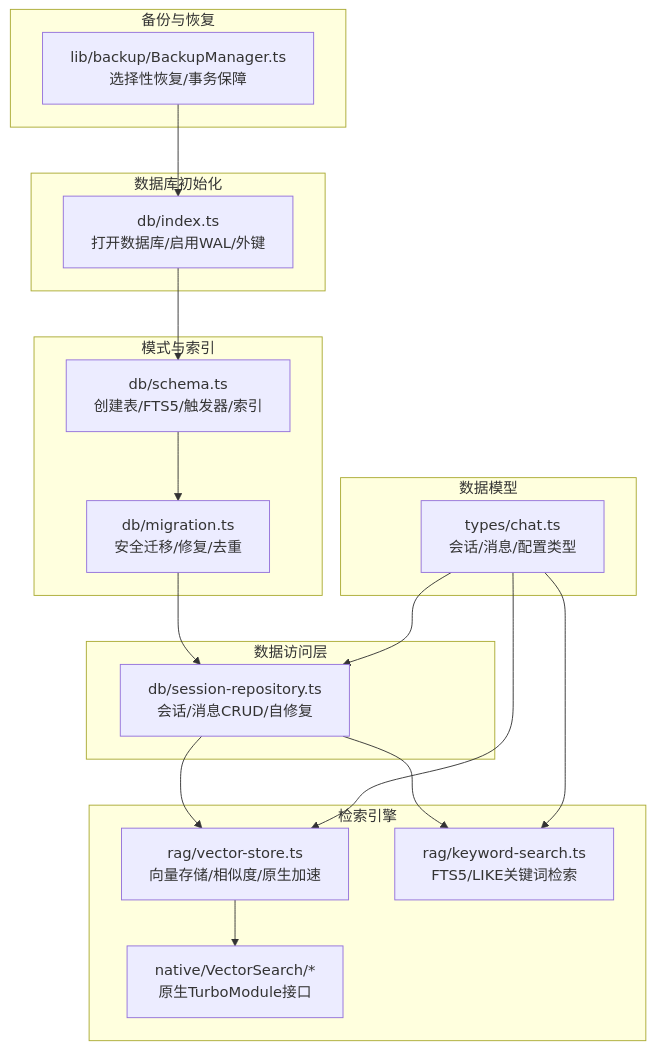
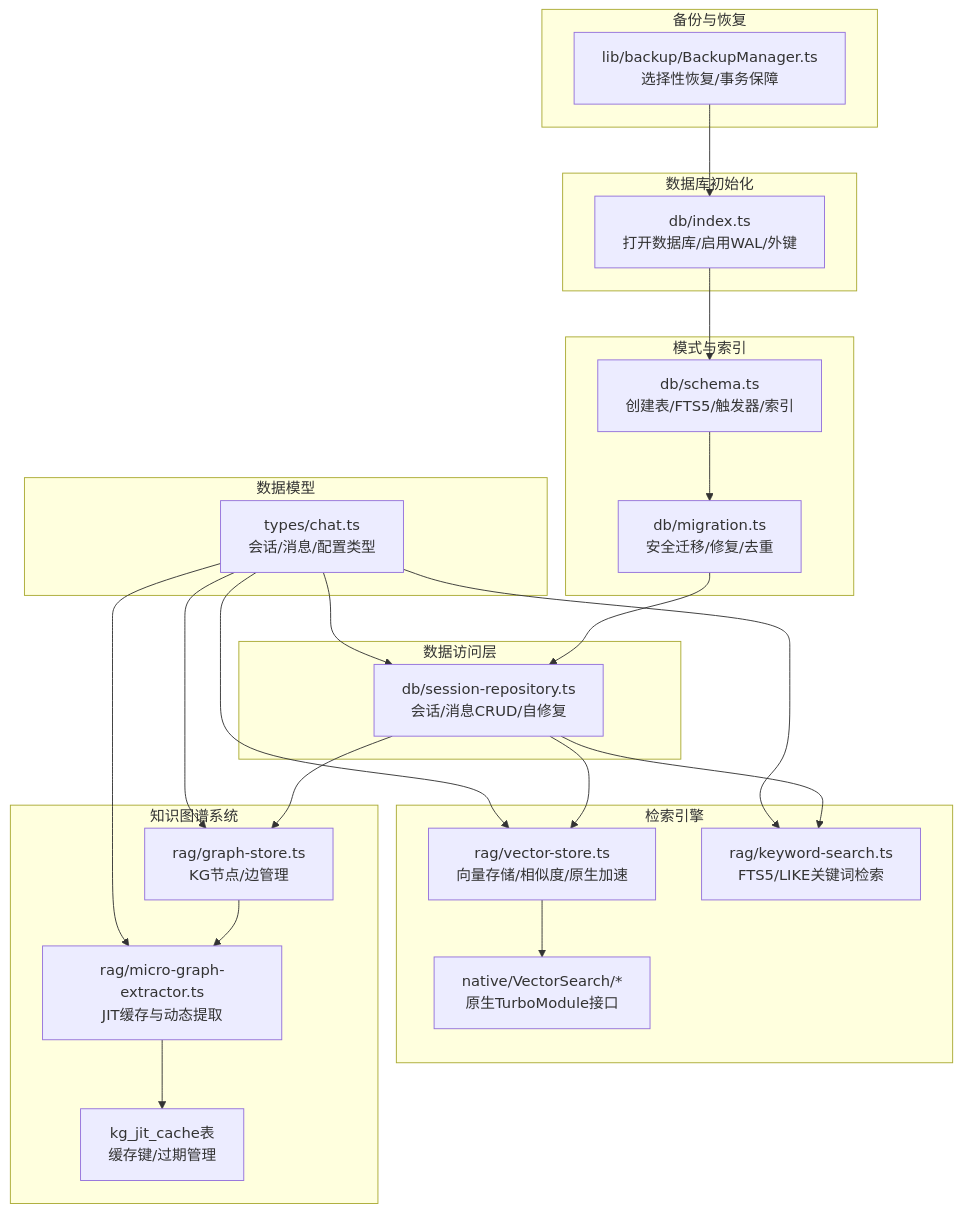
The first of 6 diagrams in .qoder/repowiki/zh/content/数据库设计/数据库设计.md (NarcisWL/Nexara), drawn with Mermaid before and after one commit. The commit also changed other lines of this file and 6 other files, not shown here.

````diff
--- a/.qoder/repowiki/zh/content/数据库设计/数据库设计.md
+++ b/.qoder/repowiki/zh/content/数据库设计/数据库设计.md
@@ -42,32 +52,42 @@
 ```mermaid
 graph TB
 subgraph "数据库初始化"
 A["db/index.ts<br/>打开数据库/启用WAL/外键"]
 end
 subgraph "模式与索引"
 B["db/schema.ts<br/>创建表/FTS5/触发器/索引"]
 C["db/migration.ts<br/>安全迁移/修复/去重"]
 end
 subgraph "数据访问层"
 D["db/session-repository.ts<br/>会话/消息CRUD/自修复"]
 end
 subgraph "检索引擎"
 E["rag/vector-store.ts<br/>向量存储/相似度/原生加速"]
 F["rag/keyword-search.ts<br/>FTS5/LIKE关键词检索"]
 G["native/VectorSearch/*<br/>原生TurboModule接口"]
 end
+subgraph "知识图谱系统"
+H["rag/graph-store.ts<br/>KG节点/边管理"]
+I["rag/micro-graph-extractor.ts<br/>JIT缓存与动态提取"]
+J["kg_jit_cache表<br/>缓存键/过期管理"]
+end
 subgraph "数据模型"
-H["types/chat.ts<br/>会话/消息/配置类型"]
+K["types/chat.ts<br/>会话/消息/配置类型"]
 end
 subgraph "备份与恢复"
-I["lib/backup/BackupManager.ts<br/>选择性恢复/事务保障"]
+L["lib/backup/BackupManager.ts<br/>选择性恢复/事务保障"]
 end
 A --> B --> C --> D
 D --> E
 D --> F
 E --> G
-H --> D
-H --> E
-H --> F
-I --> A
+H --> I
+I --> J
+D --> H
+K --> D
+K --> E
+K --> F
+K --> H
+K --> I
+L --> A
 ```
````
